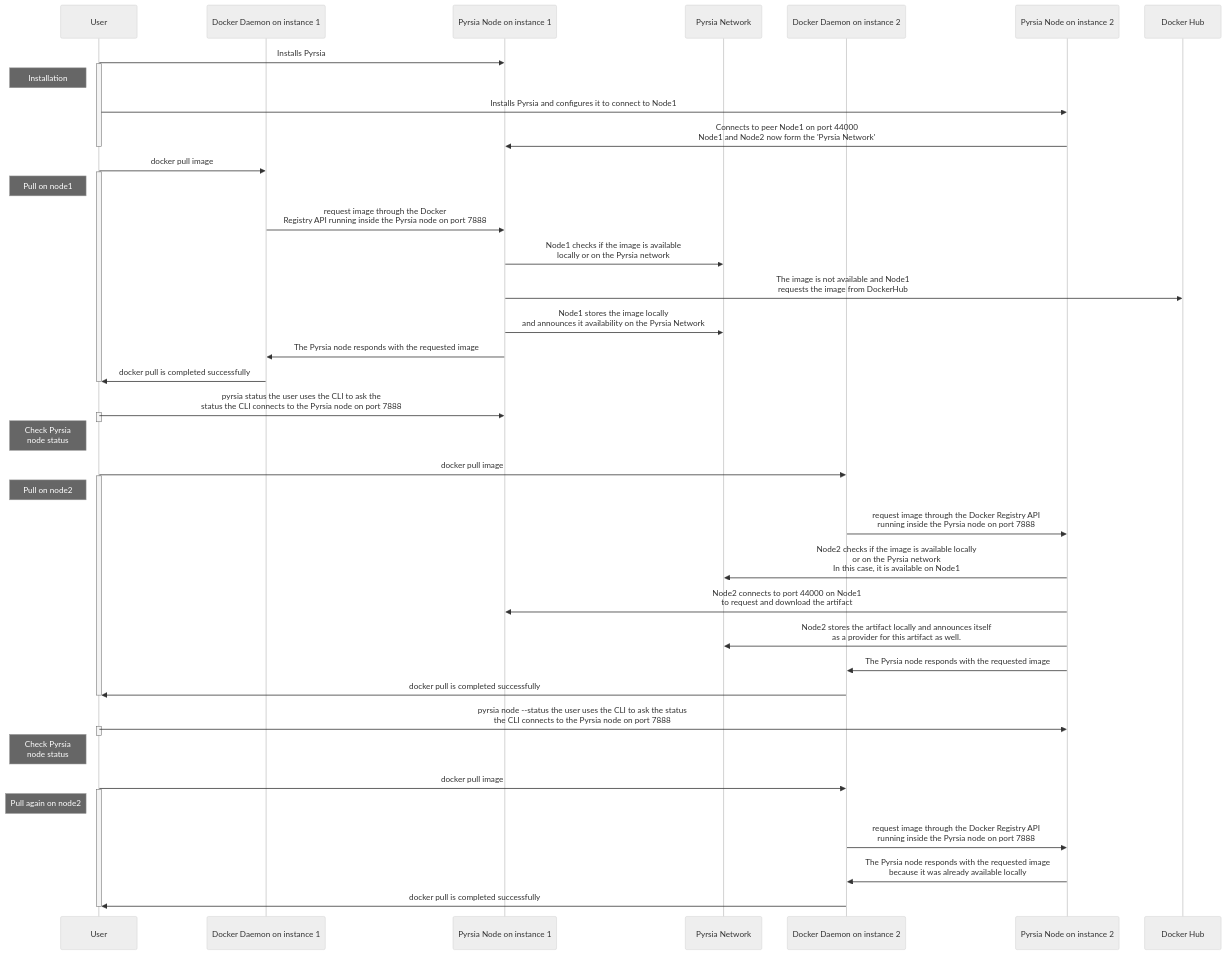
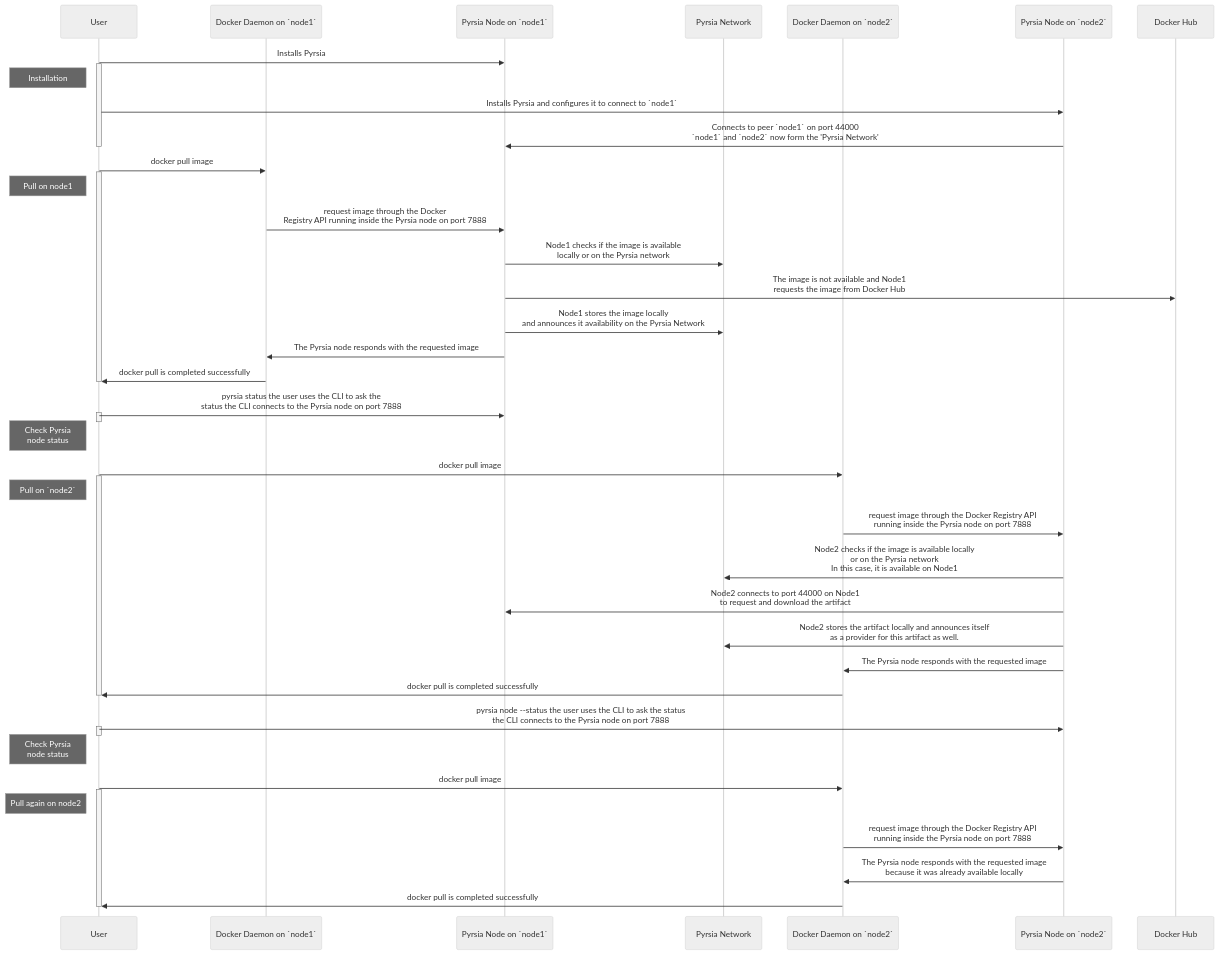
One commit to pyrsia/pyrsia changed the second of 2 diagrams in docs/tutorials/demo.md. Above: the diagram before and after it, drawn with Mermaid (neutral theme). The commit also changed other lines of this file, not shown here.

````diff
--- a/docs/tutorials/demo.md
+++ b/docs/tutorials/demo.md
@@ -55,63 +54,63 @@
 ```mermaid
 sequenceDiagram
 participant User as User
-participant Docker1 as Docker Daemon on instance 1
-participant Node1 as Pyrsia Node on instance 1
+participant Docker1 as Docker Daemon on `node1`
+participant Node1 as Pyrsia Node on `node1`
 participant PNW as Pyrsia Network
-participant Docker2 as Docker Daemon on instance 2
-participant Node2 as Pyrsia Node on instance 2
+participant Docker2 as Docker Daemon on `node2`
+participant Node2 as Pyrsia Node on `node2`
 participant DockerHub as Docker Hub
 
 User ->> Node1: Installs Pyrsia
 activate User
 note left of User: Installation
-User ->> Node2: Installs Pyrsia and configures it to connect to Node1
+User ->> Node2: Installs Pyrsia and configures it to connect to `node1`
 
-Node2 ->> Node1: Connects to peer Node1 on port 44000<br>Node1 and Node2 now form the 'Pyrsia Network'
+Node2 ->> Node1: Connects to peer `node1` on port 44000<br>`node1` and `node2` now form the 'Pyrsia Network'
 
 deactivate User
 
 
 User ->> Docker1: docker pull image
 activate User
 note left of User: Pull on node1
 Docker1 ->> Node1: request image through the Docker<br>Registry API running inside the Pyrsia node on port 7888
 Node1 ->> PNW: Node1 checks if the image is available<br>locally or on the Pyrsia network
-Node1 ->> DockerHub: The image is not available and Node1<br>requests the image from DockerHub
+Node1 ->> DockerHub: The image is not available and Node1<br>requests the image from Docker Hub
 Node1 ->> PNW: Node1 stores the image locally<br>and announces it availability on the Pyrsia Network
 Node1 ->> Docker1: The Pyrsia node responds with the requested image
 Docker1 ->> User: docker pull is completed successfully
 deactivate User
 
 User ->> Node1: pyrsia status the user uses the CLI to ask the<br>status the CLI connects to the Pyrsia node on port 7888
 activate User
 deactivate User
 note left of User: Check Pyrsia<br>node status
 
 User ->> Docker2: docker pull image
 activate User
-note left of User: Pull on node2
+note left of User: Pull on `node2`
 Docker2 ->> Node2: request image through the Docker Registry API<br>running inside the Pyrsia node on port 7888
 
 Node2 ->> PNW: Node2 checks if the image is available locally<br>or on the Pyrsia network<br>In this case, it is available on Node1
 
 Node2 ->> Node1: Node2 connects to port 44000 on Node1<br>to request and download the artifact
 Node2 ->> PNW: Node2 stores the artifact locally and announces itself<br>as a provider for this artifact as well.
 Node2 ->> Docker2: The Pyrsia node responds with the requested image
 Docker2 ->> User: docker pull is completed successfully
 deactivate User
 
 User ->> Node2: pyrsia node --status the user uses the CLI to ask the status<br>the CLI connects to the Pyrsia node on port 7888
 activate User
 deactivate User
 note left of User: Check Pyrsia<br>node status
 
 
 User ->> Docker2: docker pull image
 activate User
 note left of User: Pull again on node2
 Docker2 ->> Node2: request image through the Docker Registry API<br>running inside the Pyrsia node on port 7888
 Node2 ->> Docker2: The Pyrsia node responds with the requested image<br>because it was already available locally
 Docker2 ->> User: docker pull is completed successfully
 deactivate User
 ```
````
